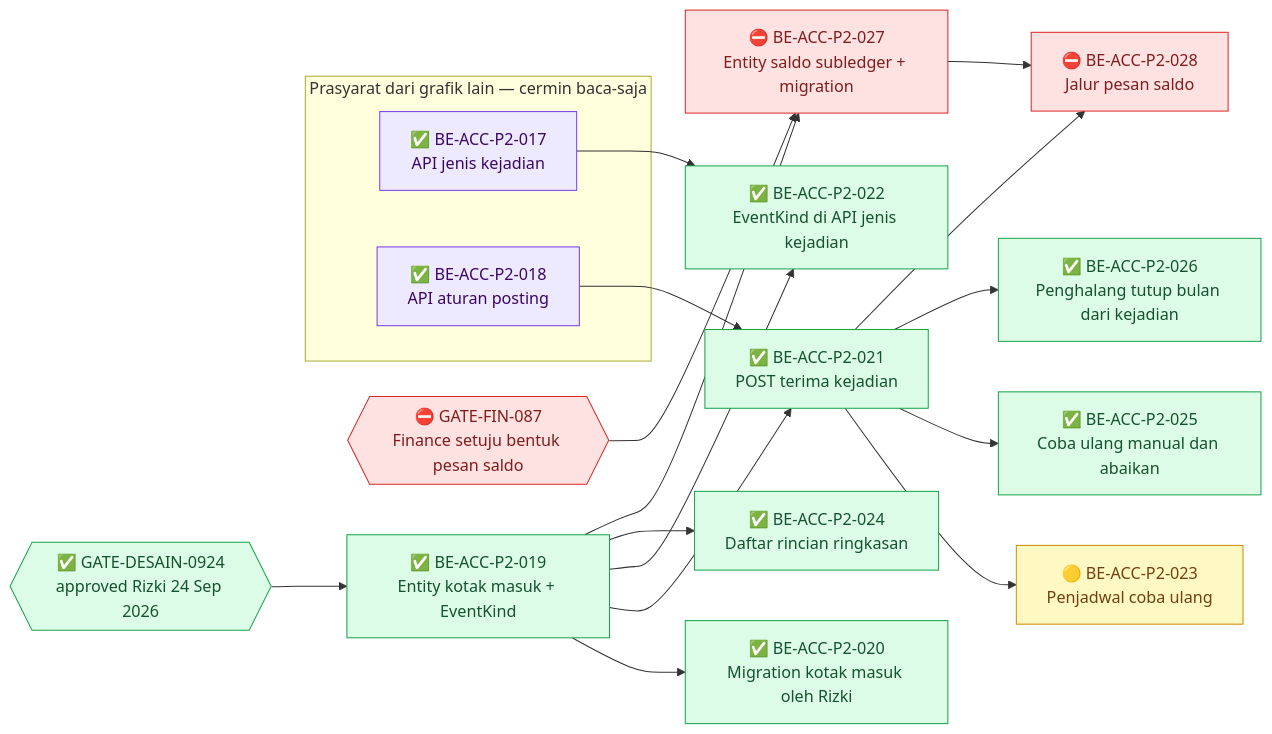
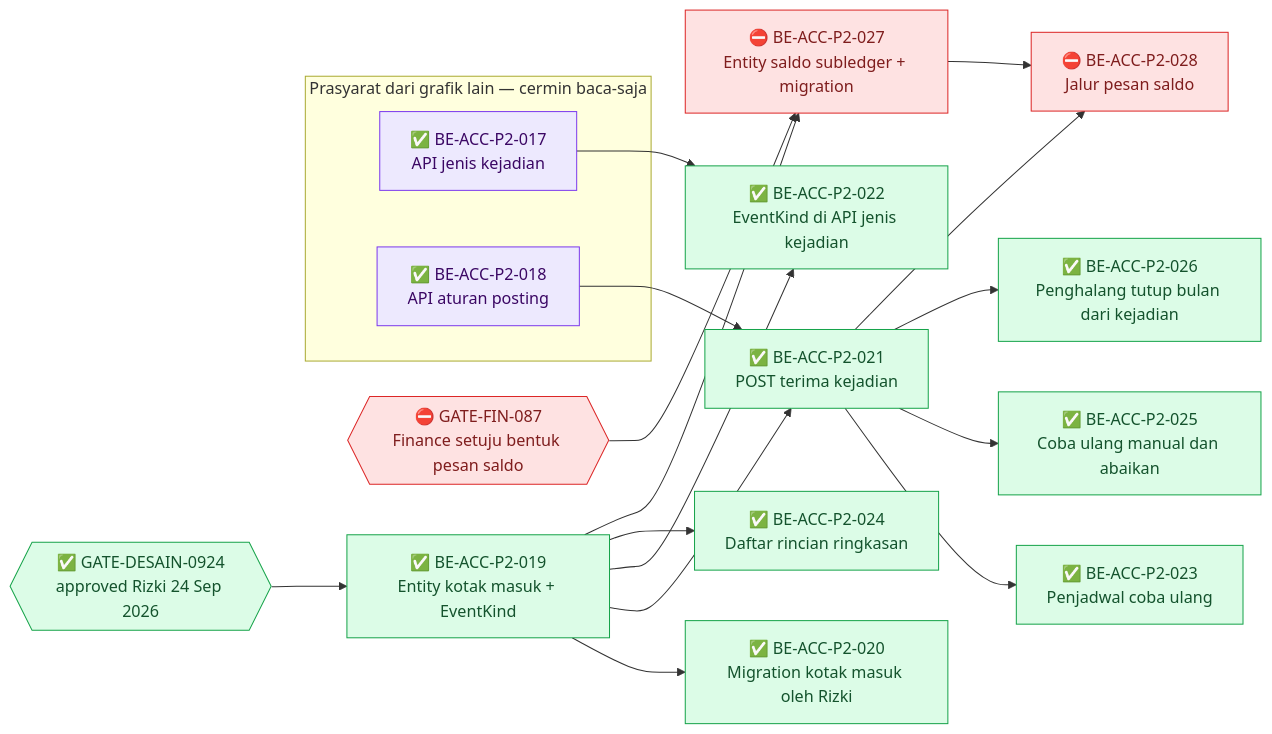
The fourth of 4 diagrams in docs/module-blueprints/accounting/roadmap/backend-roadmap-phase2.md (DevBenari/NewQuilvianSystemBackend), drawn with Mermaid before and after one commit. The commit also changed other lines of this file and 8 other files, not shown here.

Commit message:
merubah status task menjadi selesai pada task BE-ACC-26

````diff
--- a/docs/module-blueprints/accounting/roadmap/backend-roadmap-phase2.md
+++ b/docs/module-blueprints/accounting/roadmap/backend-roadmap-phase2.md
@@ -691,42 +691,42 @@
 ```mermaid
 flowchart LR
     classDef selesai fill:#DCFCE7,stroke:#16A34A,color:#14532D
     classDef sebagian fill:#FEF9C3,stroke:#CA8A04,color:#713F12
     classDef terblokir fill:#FEE2E2,stroke:#DC2626,color:#7F1D1D
     classDef belum fill:#F1F5F9,stroke:#64748B,color:#0F172A
     classDef luar fill:#EDE9FE,stroke:#7C3AED,color:#3B0764
 
     subgraph cermin["Prasyarat dari grafik lain — cermin baca-saja"]
         MBEACCP2017["✅ BE-ACC-P2-017<br/>API jenis kejadian"]:::luar
         MBEACCP2018["✅ BE-ACC-P2-018<br/>API aturan posting"]:::luar
     end
 
     GDES{{"✅ GATE-DESAIN-0924<br/>approved Rizki 24 Sep 2026"}}:::selesai
     GFIN{{"⛔ GATE-FIN-087<br/>Finance setuju bentuk pesan saldo"}}:::terblokir
 
     BEACCP2019["✅ BE-ACC-P2-019<br/>Entity kotak masuk + EventKind"]:::selesai
     BEACCP2020["✅ BE-ACC-P2-020<br/>Migration kotak masuk oleh Rizki"]:::selesai
     BEACCP2021["✅ BE-ACC-P2-021<br/>POST terima kejadian"]:::selesai
     BEACCP2022["✅ BE-ACC-P2-022<br/>EventKind di API jenis kejadian"]:::selesai
-    BEACCP2023["🟡 BE-ACC-P2-023<br/>Penjadwal coba ulang"]:::sebagian
+    BEACCP2023["✅ BE-ACC-P2-023<br/>Penjadwal coba ulang"]:::selesai
     BEACCP2024["✅ BE-ACC-P2-024<br/>Daftar rincian ringkasan"]:::selesai
     BEACCP2025["✅ BE-ACC-P2-025<br/>Coba ulang manual dan abaikan"]:::selesai
     BEACCP2026["✅ BE-ACC-P2-026<br/>Penghalang tutup bulan dari kejadian"]:::selesai
     BEACCP2027["⛔ BE-ACC-P2-027<br/>Entity saldo subledger + migration"]:::terblokir
     BEACCP2028["⛔ BE-ACC-P2-028<br/>Jalur pesan saldo"]:::terblokir
 
     GDES --> BEACCP2019
     BEACCP2019 --> BEACCP2020
     BEACCP2019 --> BEACCP2021
     MBEACCP2018 --> BEACCP2021
     BEACCP2019 --> BEACCP2022
     MBEACCP2017 --> BEACCP2022
     BEACCP2021 --> BEACCP2023
     BEACCP2019 --> BEACCP2024
     BEACCP2021 --> BEACCP2025
     BEACCP2021 --> BEACCP2026
     GFIN --> BEACCP2027
     BEACCP2019 --> BEACCP2027
     BEACCP2021 --> BEACCP2028
     BEACCP2027 --> BEACCP2028
 ```
````
